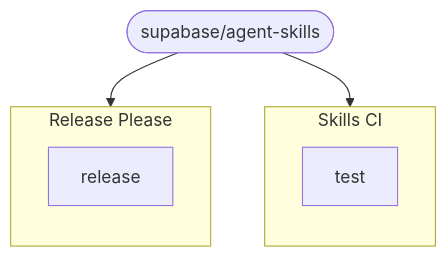
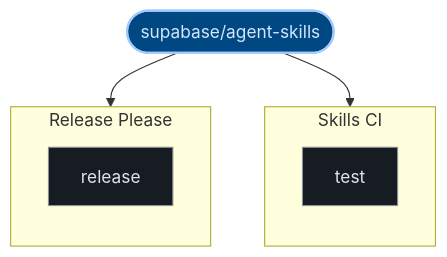
One commit to kumarshaz/atruss-code-atlas changed the third of 3 diagrams in exports/latest/reports/supabase-agent-skills-report.md. Above: the diagram before and after it, drawn with Mermaid. The commit also changed other lines of this file and 331 other files, not shown here.

Commit message:
docs,ui,fix: update SDLC docs, reorder CI/CD DAG first, stylize Mermaid, and fix Arc42 pipeline topology

````diff
--- a/exports/latest/reports/supabase-agent-skills-report.md
+++ b/exports/latest/reports/supabase-agent-skills-report.md
@@ -127,14 +138,21 @@
 ```mermaid
 graph TD;
-  pipeline_root(["supabase/agent-skills"])
+  classDef atlasRoot fill:#004882,stroke:#a3c9ff,stroke-width:2px,color:#d3e4ff
+  classDef atlasCategory fill:#212428,stroke:#E87A48,stroke-width:1.5px,color:#dfe3eb
+  classDef atlasWorkflow fill:#1b2026,stroke:#a3c9ff,stroke-width:1.5px,color:#dfe3eb
+  classDef atlasJob fill:#171c22,stroke:#8d9199,stroke-width:1px,color:#dfe3eb
+  classDef atlasTarget fill:#005227,stroke:#8bd99b,stroke-width:1.5px,color:#a7f6b6
+  classDef atlasAlert fill:#93000a,stroke:#ffb4ab,stroke-width:1.5px,color:#ffdad6
+  classDef atlasMore fill:#252a31,stroke:#8d9199,stroke-dasharray:4 4,color:#c3c6cf
+  pipeline_root(["supabase/agent-skills"]):::atlasRoot
   subgraph Skills_CI_0["Skills CI"]
     direction TB
-    0_test["test"]
+    0_test["test"]:::atlasJob
   end
   pipeline_root --> 0_test
   subgraph Release_Please_1["Release Please"]
     direction TB
-    1_release["release"]
+    1_release["release"]:::atlasJob
   end
   pipeline_root --> 1_release
 ```
````
